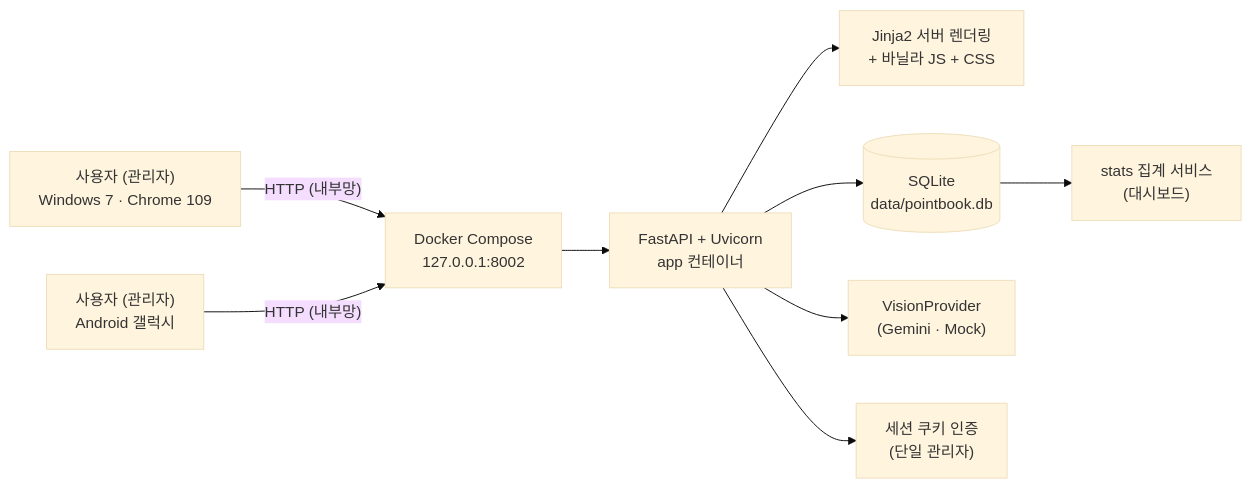
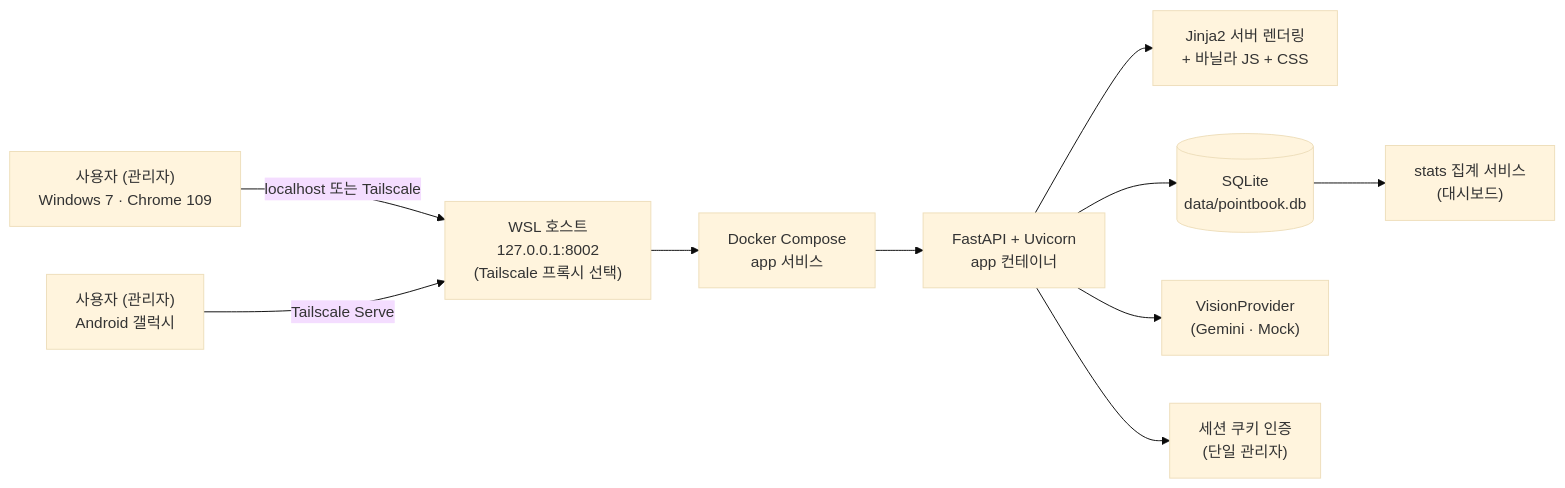
One commit to jihoon22-lee/PointBook changed the first of 9 diagrams in docs/architecture.md. Above: the diagram before and after it, drawn with Mermaid (base theme). The commit also changed 2 other files, not shown here.

Commit message:
fix(deploy): 신규 데이터 경로 권한 보장

````diff
--- a/docs/architecture.md
+++ b/docs/architecture.md
@@ -8,14 +8,15 @@
 ```mermaid
 flowchart LR
     U1["사용자 (관리자)<br/>Windows 7 · Chrome 109"]
     U2["사용자 (관리자)<br/>Android 갤럭시"]
-    U1 -->|"HTTP (내부망)"| D
-    U2 -->|"HTTP (내부망)"| D
-    D["Docker Compose<br/>127.0.0.1:8002"] --> S
+    U1 -->|"localhost 또는 Tailscale"| H
+    U2 -->|"Tailscale Serve"| H
+    H["WSL 호스트<br/>127.0.0.1:8002<br/>(Tailscale 프록시 선택)"] --> D
+    D["Docker Compose<br/>app 서비스"] --> S
     S["FastAPI + Uvicorn<br/>app 컨테이너"]
     S --> T["Jinja2 서버 렌더링<br/>+ 바닐라 JS + CSS"]
     S --> DB[("SQLite<br/>data/pointbook.db")]
     S --> AI["VisionProvider<br/>(Gemini · Mock)"]
     S --> AUTH["세션 쿠키 인증<br/>(단일 관리자)"]
     DB --> STATS["stats 집계 서비스<br/>(대시보드)"]
 ```
````
